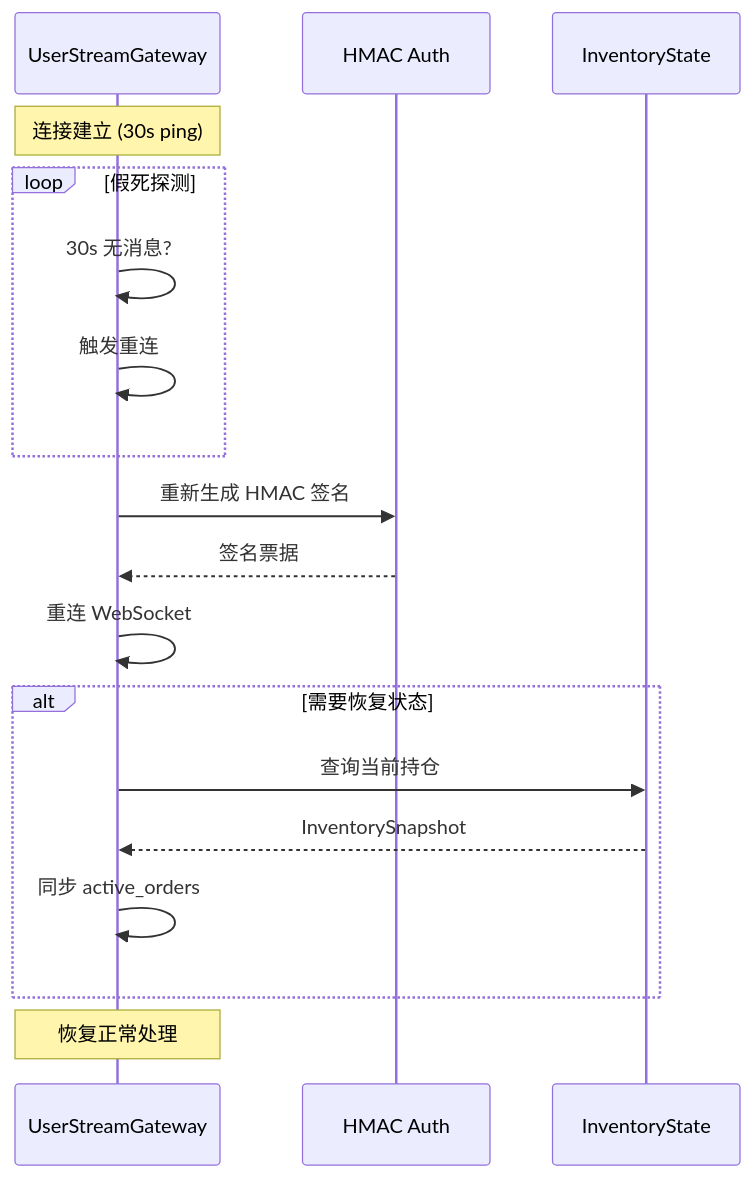
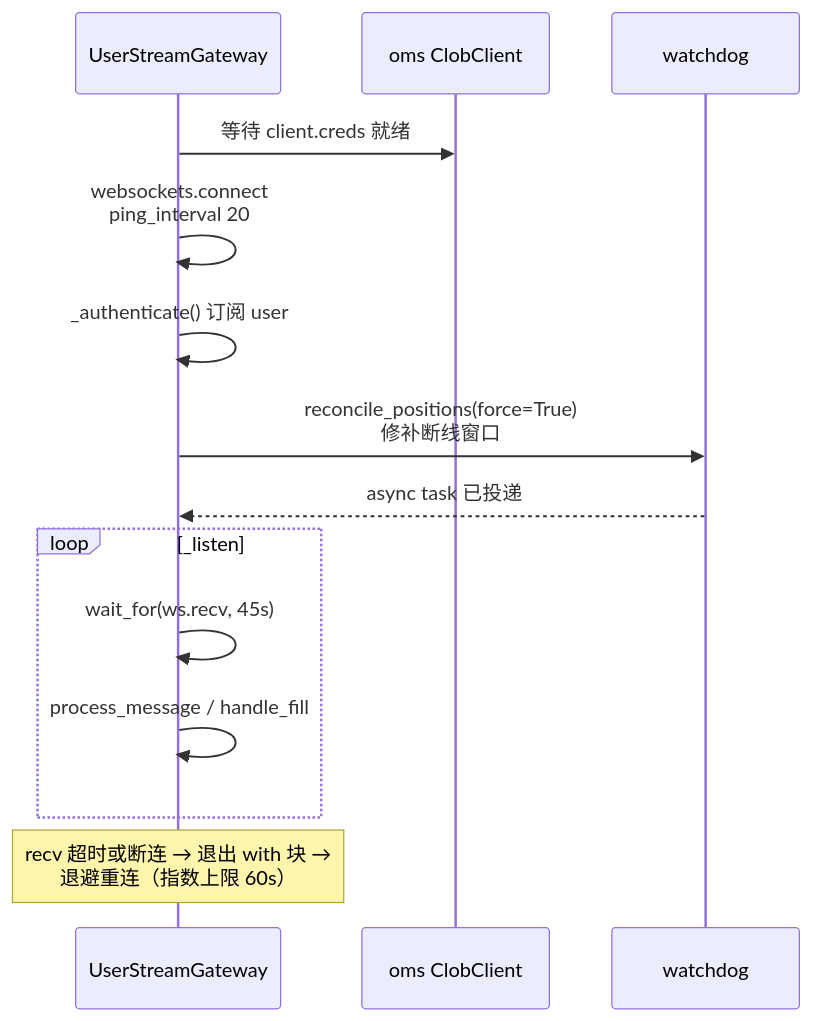
Before and after one commit to liu-kaining/PolyMatrixEngine: the third of 3 diagrams in spec/architecture_diagrams/06_fill_processing_flow.md, drawn with Mermaid. The commit also changed other lines of this file and 12 other files, not shown here.

````diff
--- a/spec/architecture_diagrams/06_fill_processing_flow.md
+++ b/spec/architecture_diagrams/06_fill_processing_flow.md
@@ -216,32 +198,26 @@
 ```mermaid
 %%{init: {'theme': 'base', 'themeVariables': {
   'primaryColor': '#1e3a5f',
   'primaryTextColor': '#ffffff',
   'primaryBorderColor': '#334155',
   'lineColor': '#64748b'
 }}%%
 sequenceDiagram
     participant WS as UserStreamGateway
-    participant Auth as HMAC Auth
-    participant Inv as InventoryState
+    participant OMS as oms ClobClient
+    participant WD as watchdog
 
-    Note over WS: 连接建立 (30s ping)
+    WS->>OMS: 等待 client.creds 就绪
+    WS->>WS: websockets.connect<br/>ping_interval 20
 
-    loop 假死探测
-        WS->>WS: 30s 无消息?
-        WS->>WS: 触发重连
+    WS->>WS: _authenticate() 订阅 user
+    WS->>WD: reconcile_positions(force=True)<br/>修补断线窗口
+    WD-->>WS: async task 已投递
+
+    loop _listen
+        WS->>WS: wait_for(ws.recv, 45s)
+        WS->>WS: process_message / handle_fill
     end
 
-    WS->>Auth: 重新生成 HMAC 签名
-    Auth-->>WS: 签名票据
-
-    WS->>WS: 重连 WebSocket
-
-    alt 需要恢复状态
-        WS->>Inv: 查询当前持仓
-        Inv-->>WS: InventorySnapshot
-        WS->>WS: 同步 active_orders
-    end
-
-    Note over WS: 恢复正常处理
+    Note over WS: recv 超时或断连 → 退出 with 块 →<br/>退避重连（指数上限 60s）
 ```
````
